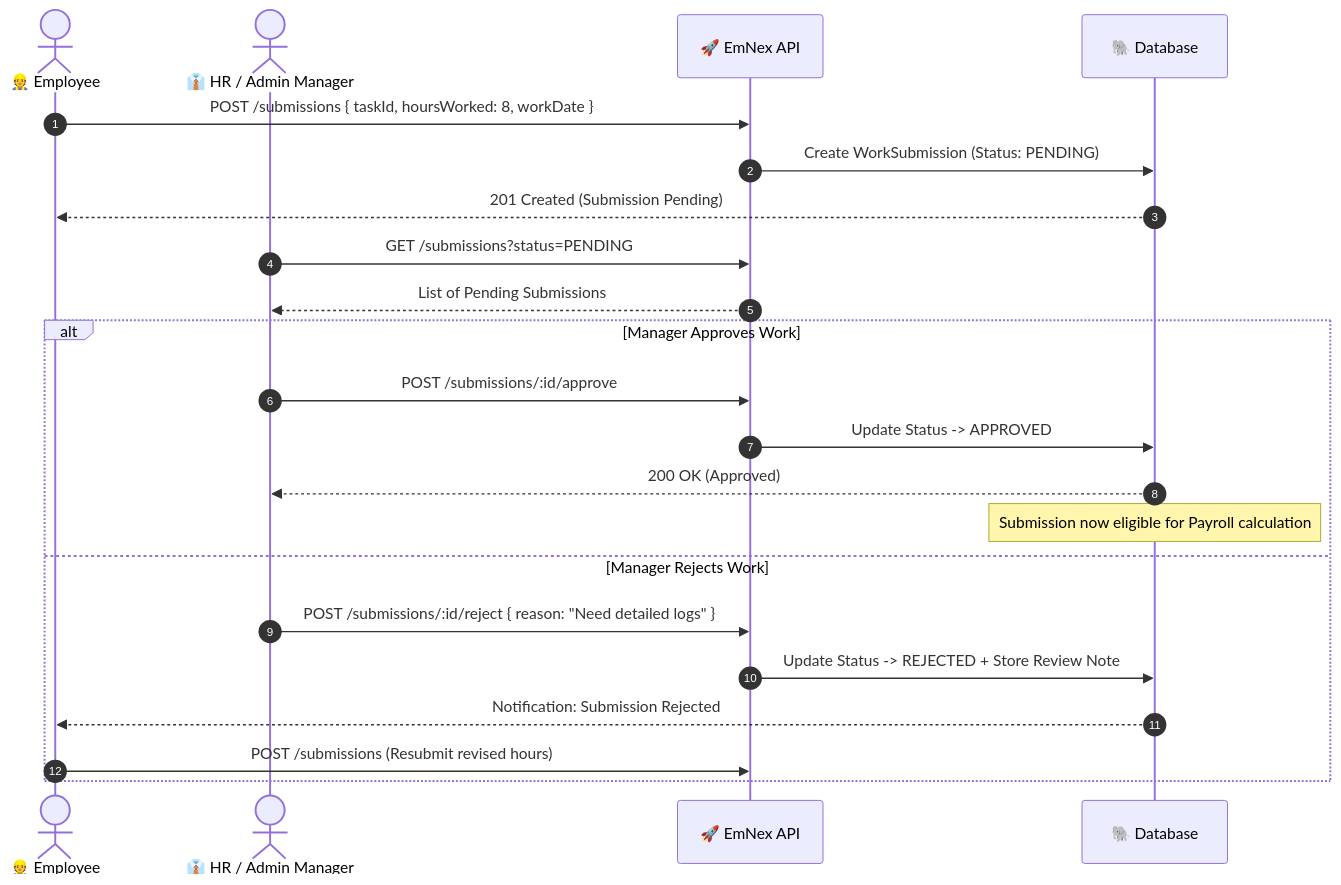
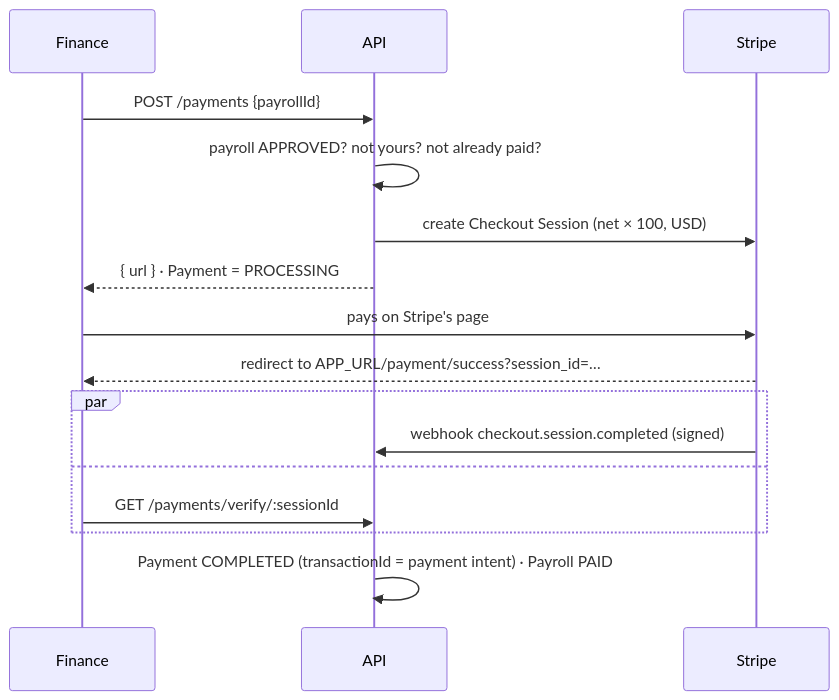
Before and after one commit to mariyamnavila/emnex-backend: the eighth of 8 diagrams in workflow.md, drawn with Mermaid. The commit also changed other lines of this file and 8 other files, not shown here.

````diff
--- a/workflow.md
+++ b/workflow.md
@@ -122,27 +279,18 @@
 ```mermaid
 sequenceDiagram
-    autonumber
-    actor Employee as 👷 Employee
-    actor Manager as 👔 HR / Admin Manager
-    participant API as 🚀 EmNex API
-    participant DB as 🐘 Database
-
-    Employee->>API: POST /submissions { taskId, hoursWorked: 8, workDate }
-    API->>DB: Create WorkSubmission (Status: PENDING)
-    DB-->>Employee: 201 Created (Submission Pending)
-
-    Manager->>API: GET /submissions?status=PENDING
-    API-->>Manager: List of Pending Submissions
-
-    alt Manager Approves Work
-        Manager->>API: POST /submissions/:id/approve
-        API->>DB: Update Status -> APPROVED
-        DB-->>Manager: 200 OK (Approved)
-        Note over DB: Submission now eligible for Payroll calculation
-    else Manager Rejects Work
-        Manager->>API: POST /submissions/:id/reject { reason: "Need detailed logs" }
-        API->>DB: Update Status -> REJECTED + Store Review Note
-        DB-->>Employee: Notification: Submission Rejected
-        Employee->>API: POST /submissions (Resubmit revised hours)
+    participant F as Finance
+    participant A as API
+    participant S as Stripe
+    F->>A: POST /payments {payrollId}
+    A->>A: payroll APPROVED? not yours? not already paid?
+    A->>S: create Checkout Session (net × 100, USD)
+    A-->>F: { url } · Payment = PROCESSING
+    F->>S: pays on Stripe's page
+    S-->>F: redirect to APP_URL/payment/success?session_id=…
+    par
+        S->>A: webhook checkout.session.completed (signed)
+    and
+        F->>A: GET /payments/verify/:sessionId
     end
+    A->>A: Payment COMPLETED (transactionId = payment intent) · Payroll PAID
 ```
````
